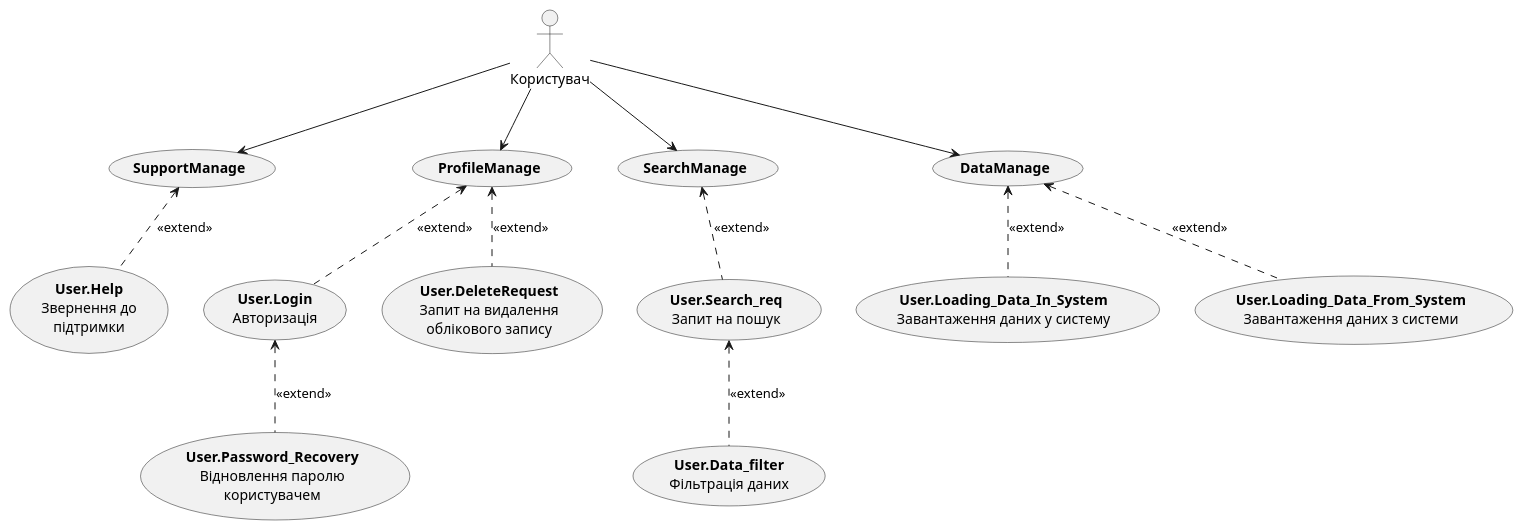
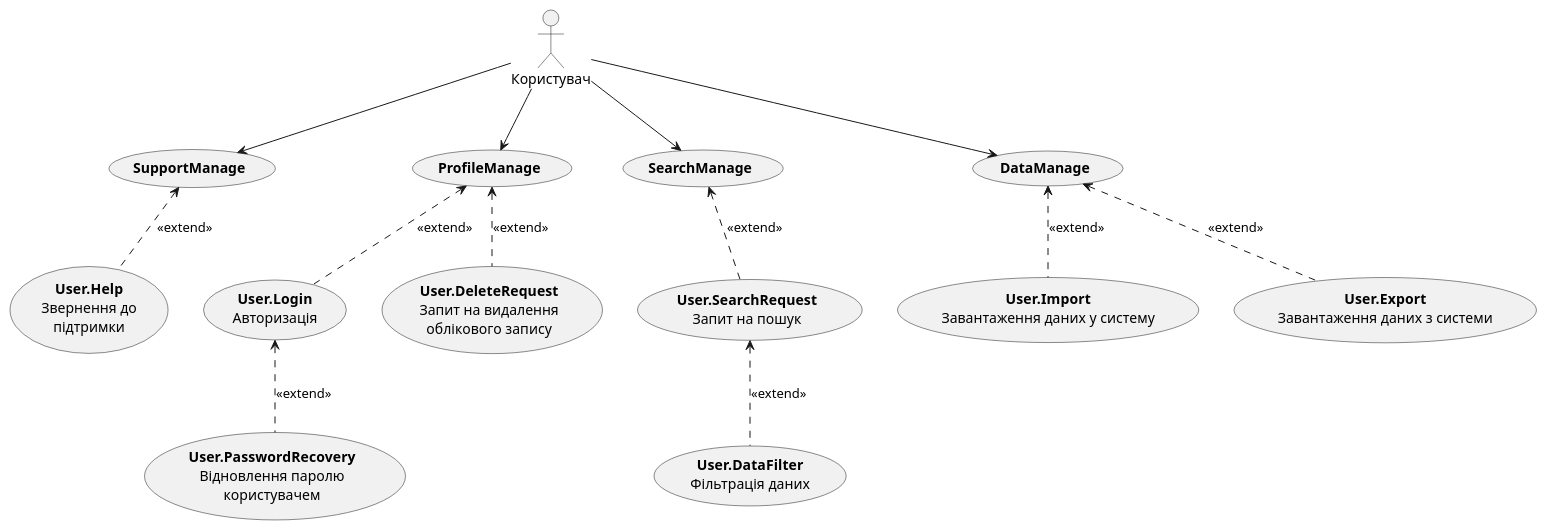
The third of 18 diagrams in docs/use cases/README.md (nonGratis/retarder-io-23-3), drawn with PlantUML before and after one commit. The commit also changed other lines of this file and 1 other file, not shown here.

```diff
--- a/docs/use cases/README.md
+++ b/docs/use cases/README.md
@@ -52,33 +52,33 @@
 @startuml
 
 actor "Користувач" as User
 
 usecase "<b>SupportManage</b>" as SupportManage
 usecase "<b>ProfileManage</b>" as ProfileManage
 usecase "<b>SearchManage</b>" as SearchManage
 usecase "<b>DataManage</b>" as DataManage
 
 usecase "<b>User.Help</b>\nЗвернення до\nпідтримки" as User.Help
 usecase "<b>User.Login</b>\nАвторизація" as User.Login
-usecase "<b>User.Password_Recovery</b>\nВідновлення паролю\nкористувачем" as User.Password_Recovery
+usecase "<b>User.PasswordRecovery</b>\nВідновлення паролю\nкористувачем" as User.PasswordRecovery
 usecase "<b>User.DeleteRequest</b>\nЗапит на видалення\nоблікового запису" as User.DeleteRequest
-usecase "<b>User.Search_req</b>\nЗапит на пошук" as User.Search_req
-usecase "<b>User.Data_filter</b>\nФільтрація даних" as User.Data_filter
-usecase "<b>User.Loading_Data_In_System</b>\nЗавантаження даних у систему" as User.Loading_Data_In_System
-usecase "<b>User.Loading_Data_From_System</b>\nЗавантаження даних з системи" as User.Loading_Data_From_System
+usecase "<b>User.SearchRequest</b>\nЗапит на пошук" as User.SearchRequest
+usecase "<b>User.DataFilter</b>\nФільтрація даних" as User.DataFilter
+usecase "<b>User.Import</b>\nЗавантаження даних у систему" as User.Import
+usecase "<b>User.Export</b>\nЗавантаження даних з системи" as User.Export
 
 User --> SupportManage
 User --> ProfileManage
 User --> SearchManage
 User --> DataManage
 
 SupportManage <-[dashed]- User.Help : <<extend>>
 ProfileManage <-[dashed]- User.Login : <<extend>>
-User.Login <-[dashed]- User.Password_Recovery : <<extend>>
+User.Login <-[dashed]- User.PasswordRecovery : <<extend>>
 ProfileManage <-[dashed]- User.DeleteRequest : <<extend>>
-SearchManage <-[dashed]- User.Search_req : <<extend>>
-User.Search_req <-[dashed]- User.Data_filter : <<extend>>
-DataManage <-[dashed]- User.Loading_Data_In_System : <<extend>>
-DataManage <-[dashed]- User.Loading_Data_From_System : <<extend>>
+SearchManage <-[dashed]- User.SearchRequest : <<extend>>
+User.SearchRequest <-[dashed]- User.DataFilter : <<extend>>
+DataManage <-[dashed]- User.Import : <<extend>>
+DataManage <-[dashed]- User.Export : <<extend>>
 
 @enduml
```
